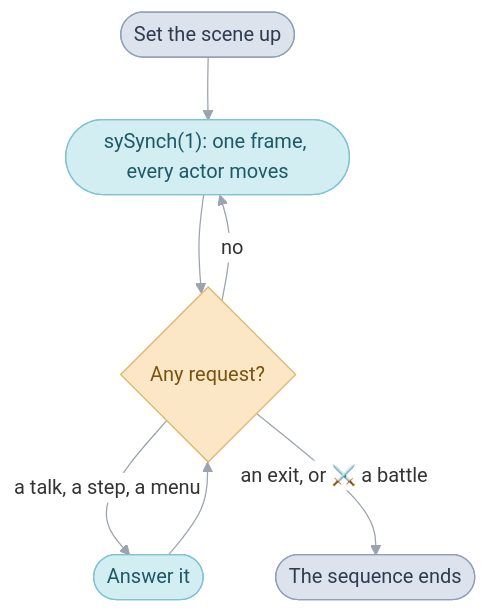
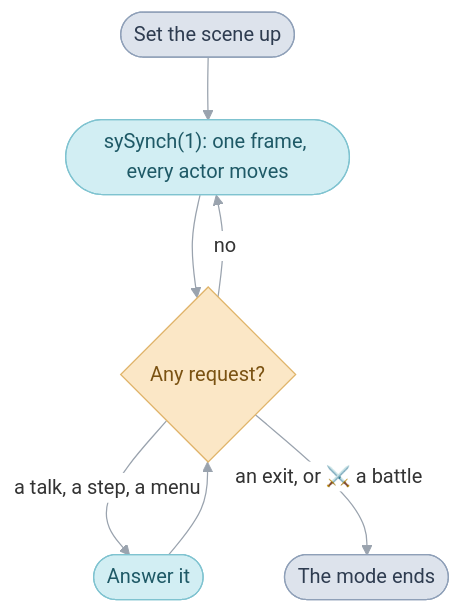
One commit to PascalPixel/alchemy changed the diagram in docs/tbs/field.md. Above: the diagram before and after it, drawn with Mermaid. The commit also changed other lines of this file and 3556 other files, not shown here.

````diff
--- a/docs/tbs/field.md
+++ b/docs/tbs/field.md
@@ -17,16 +17,16 @@
 ```mermaid
 %%{init: {"theme": "base", "themeVariables": {"lineColor": "#9AA3AE", "edgeLabelBackground": "#FFFFFF"}, "flowchart": {"curve": "basis", "padding": 12}}}%%
 flowchart TD
   setup(["Set the scene up"]) --> walk(["sySynch(1): one frame, every actor moves"])
   walk --> requests{"Any request?"}
   requests -- "no" --> walk
   requests -- "a talk, a step, a menu" --> answer(["Answer it"])
   answer --> requests
-  requests -- "an exit, or ⚔️ a battle" --> leave(["The sequence ends"])
+  requests -- "an exit, or ⚔️ a battle" --> leave(["The mode ends"])
   classDef mainRoutine fill:#DDE3EC,stroke:#8FA0B8,color:#2E3C50
-  classDef sequence fill:#D2EEF3,stroke:#7FC3D0,color:#1E5966
+  classDef mode fill:#D2EEF3,stroke:#7FC3D0,color:#1E5966
   classDef request fill:#FBE7C6,stroke:#E0B46A,color:#7A5212
   class setup,leave mainRoutine
-  class walk,answer sequence
+  class walk,answer mode
   class requests request
 ```
````
